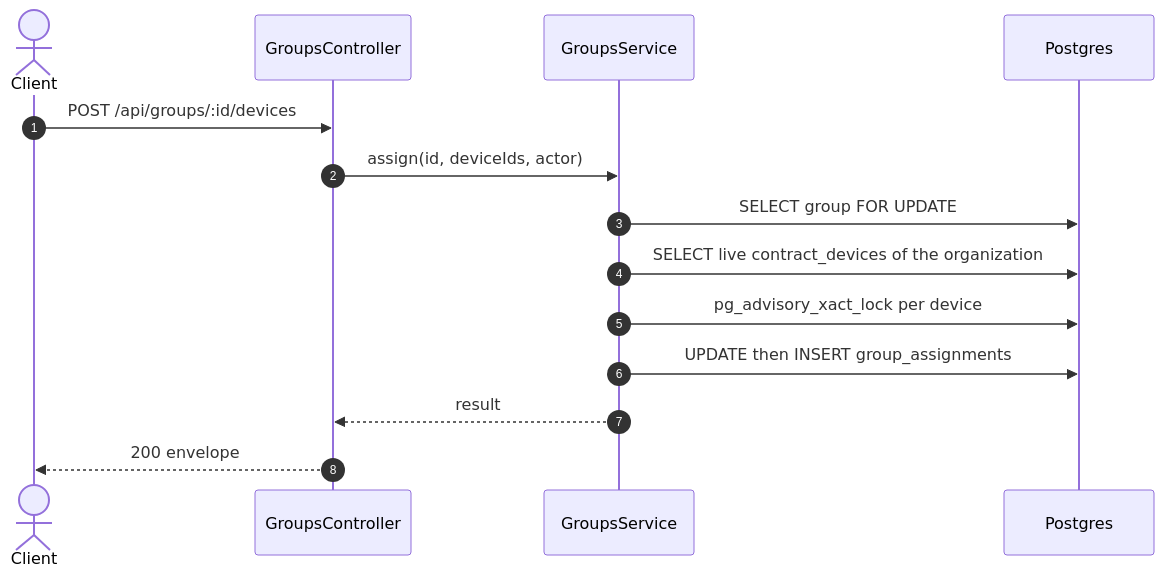
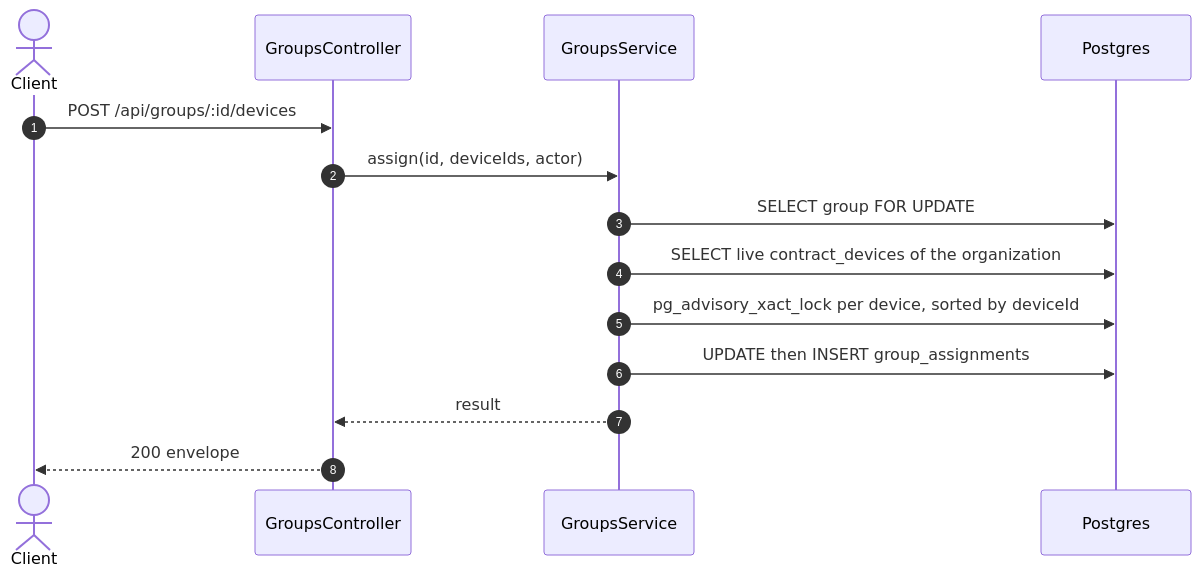
The second of 2 diagrams in specs/rentals/api-design/26-post-groups-id-devices.md (TrekLink-Team/treklink-web), drawn with Mermaid before and after one commit. The commit also changed other lines of this file and 12 other files, not shown here.

````diff
--- a/specs/rentals/api-design/26-post-groups-id-devices.md
+++ b/specs/rentals/api-design/26-post-groups-id-devices.md
@@ -235,16 +235,16 @@
 ```mermaid
 sequenceDiagram
     autonumber
     actor C as Client
     participant Ctl as GroupsController
     participant Svc as GroupsService
     participant DB as Postgres
     C->>Ctl: POST /api/groups/:id/devices
     Ctl->>Svc: assign(id, deviceIds, actor)
     Svc->>DB: SELECT group FOR UPDATE
     Svc->>DB: SELECT live contract_devices of the organization
-    Svc->>DB: pg_advisory_xact_lock per device
+    Svc->>DB: pg_advisory_xact_lock per device, sorted by deviceId
     Svc->>DB: UPDATE then INSERT group_assignments
     Svc-->>Ctl: result
     Ctl-->>C: 200 envelope
 ```
````
